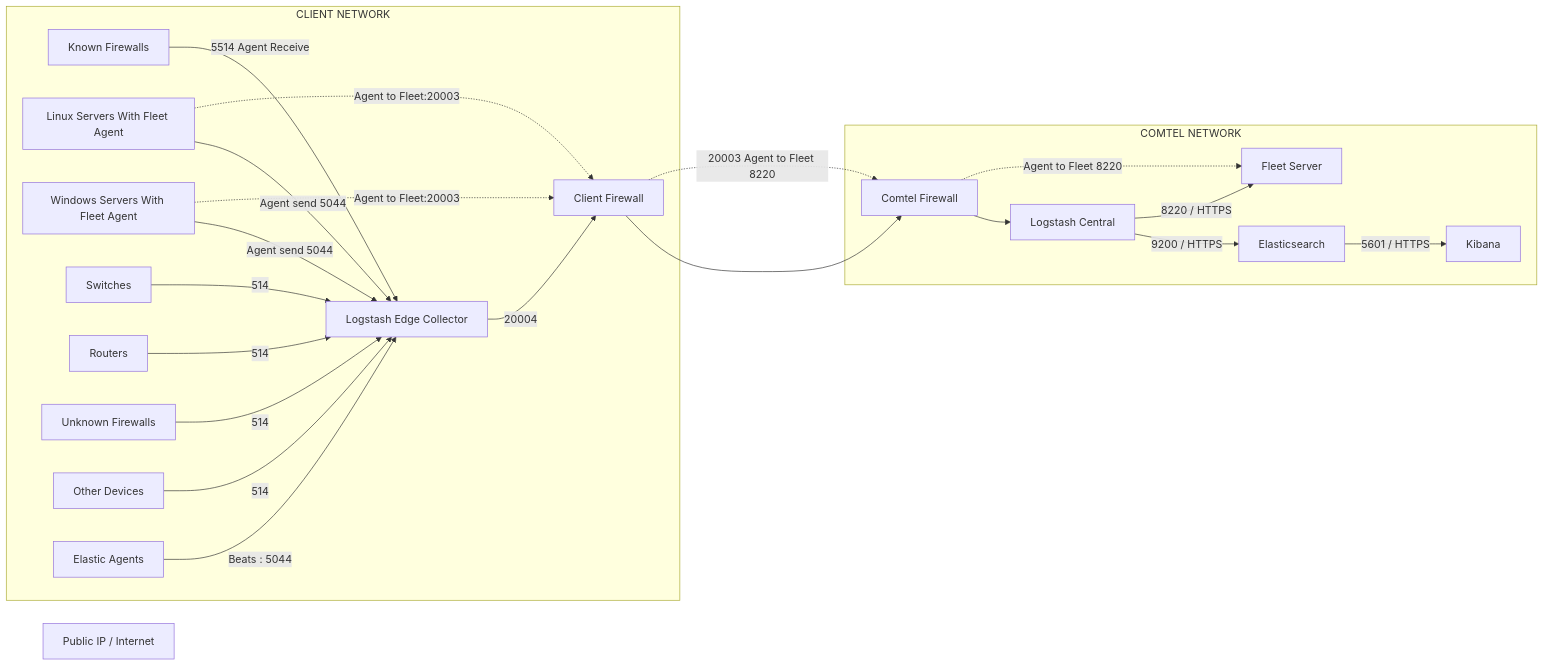
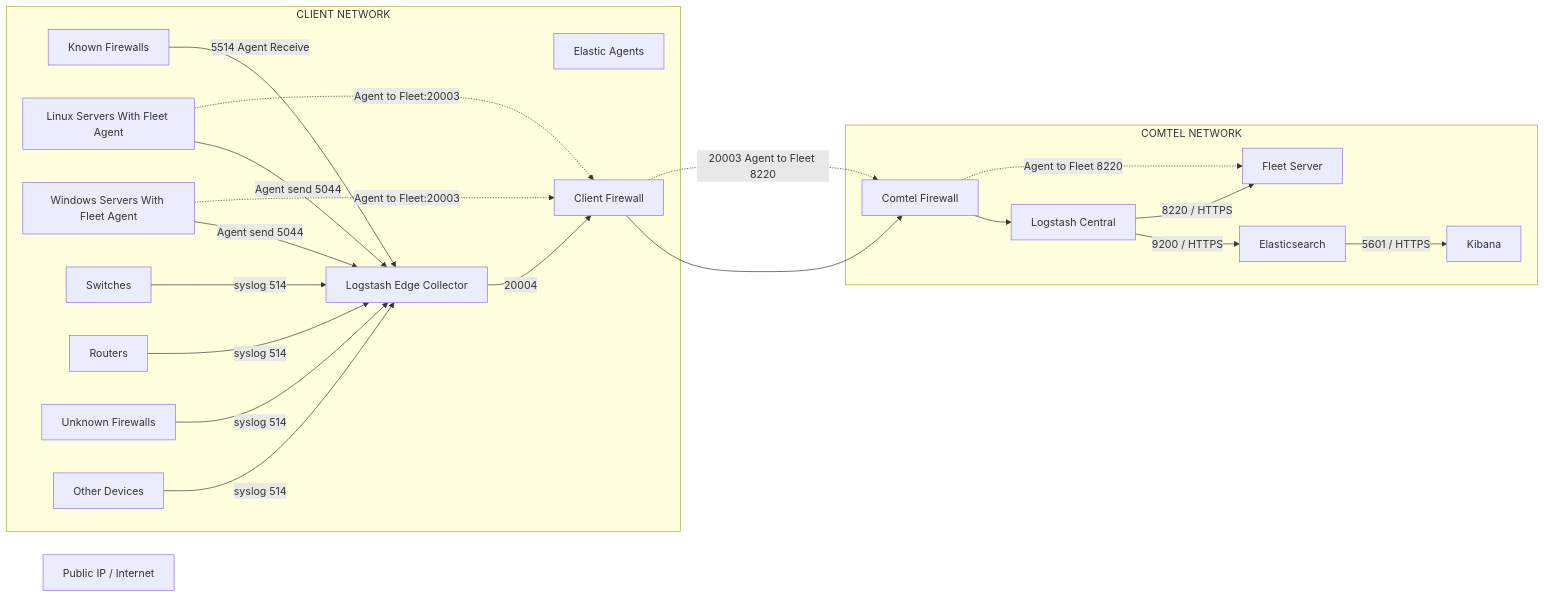
The diagram in README.md (bhautik-comtel/ELK-config), drawn with Mermaid before and after one commit.

````diff
--- a/README.md
+++ b/README.md
@@ -20,71 +20,69 @@
 ```mermaid
 flowchart LR
 
 %% =========================
 %% CLIENT NETWORK
 %% =========================
 subgraph CLIENT["CLIENT NETWORK"]
 
     KFW["Known Firewalls"]
     LNX["Linux Servers With Fleet Agent"]
     WIN["Windows Servers With Fleet Agent"]
     SW["Switches"]
     RTR["Routers"]
     FW["Unknown Firewalls"]
     OTH["Other Devices"]
 
     AGENT["Elastic Agents"]
 
     EDGE["Logstash Edge Collector"]
 
-    FW --  "514" --> EDGE
+    FW --  "syslog 514" --> EDGE
     KFW -- "5514 Agent Receive" --> EDGE
     LNX -- "Agent send 5044" --> EDGE
     WIN -- "Agent send 5044" --> EDGE
-    SW --  "514" --> EDGE
-    RTR -- "514" --> EDGE
-    OTH -- "514" --> EDGE
-
-    AGENT -- "Beats : 5044" --> EDGE
+    SW --  "syslog 514" --> EDGE
+    RTR -- "syslog 514" --> EDGE
+    OTH -- "syslog 514" --> EDGE
 
     CFW["Client Firewall"]
 
     EDGE -- "20004" --> CFW
 end
 
 %% =========================
 %% WAN / INTERNET
 %% =========================
 
 INET["Public IP / Internet"]
 
 %% =========================
 %% COMTEL NETWORK
 %% =========================
 subgraph COMTEL["COMTEL NETWORK"]
 
     COMFW["Comtel Firewall"]
 
     CENTRAL["Logstash Central"]
 
     ES["Elasticsearch"]
 
     KB["Kibana"]
 
     FLEET["Fleet Server"]
 
     COMFW --> CENTRAL
 
     CENTRAL -- "9200 / HTTPS" --> ES
 
     ES -- "5601 / HTTPS" --> KB
 
     CENTRAL -- "8220 / HTTPS" --> FLEET
 end
 
 CFW --> COMFW
 
 WIN -. "Agent to Fleet:20003" .-> CFW
 LNX -. "Agent to Fleet:20003" .-> CFW
 CFW -. "20003 Agent to Fleet 8220" .-> COMFW -."Agent to Fleet 8220".-> FLEET
 ```
````
